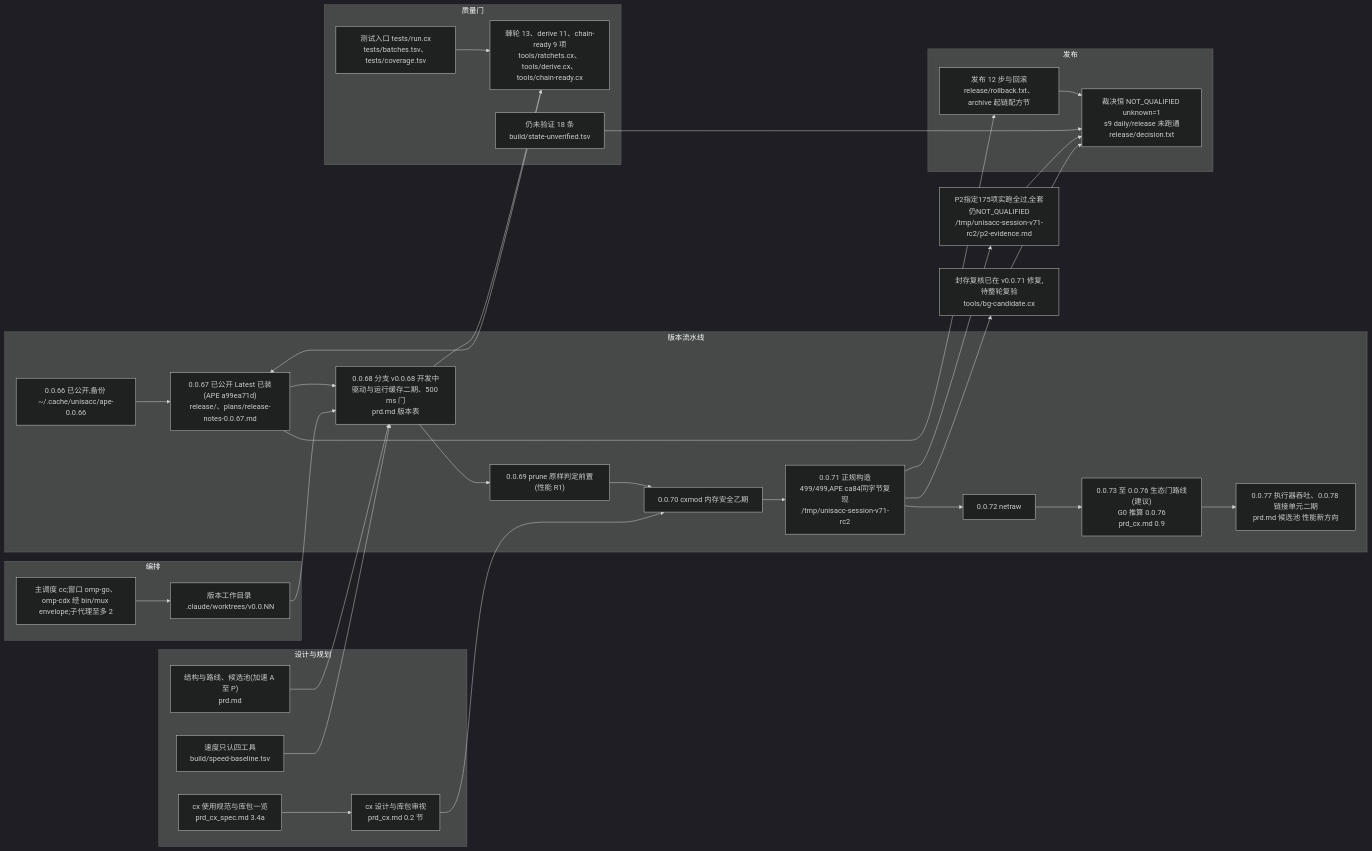
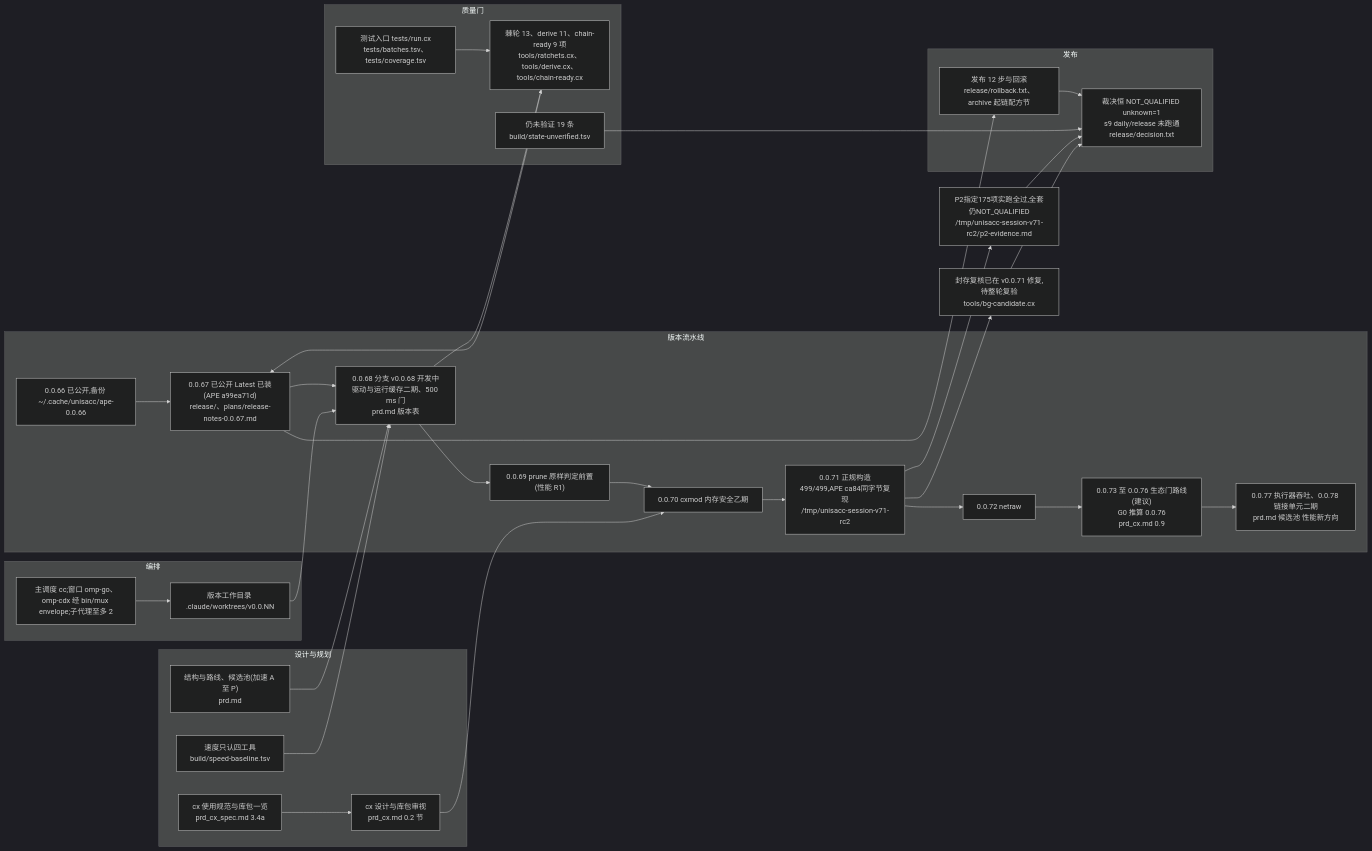
Before and after one commit to partnernetsoftware/unisacc: the diagram in prd_mempalace.md, drawn with Mermaid (dark theme). The commit also changed other lines of this file and 5 other files, not shown here.

````diff
--- a/prd_mempalace.md
+++ b/prd_mempalace.md
@@ -15,48 +15,48 @@
 ```mermaid
 flowchart LR
   subgraph 版本流水线
     V66["0.0.66 已公开,备份 ~/.cache/unisacc/ape-0.0.66"]
     V67["0.0.67 已公开 Latest 已装(APE a99ea71d)<br/>release/、plans/release-notes-0.0.67.md"]
     V68["0.0.68 分支 v0.0.68 开发中<br/>驱动与运行缓存二期、500 ms 门<br/>prd.md 版本表"]
     V69["0.0.69 prune 原样判定前置(性能 R1)"]
     V70["0.0.70 cxmod 内存安全乙期"]
     V71["0.0.71 正规构造499/499,APE ca84同字节复现<br/>/tmp/unisacc-session-v71-rc2"]
     V72["0.0.72 netraw"]
     ECO["0.0.73 至 0.0.76 生态门路线(建议)<br/>G0 推算 0.0.76<br/>prd_cx.md 0.9"]
     PERF["0.0.77 执行器吞吐、0.0.78 链接单元二期<br/>prd.md 候选池 性能新方向"]
     V66 --> V67 --> V68 --> V69 --> V70 --> V71 --> V72 --> ECO --> PERF
   end
   subgraph 发布
     REL["发布 12 步与回滚<br/>release/rollback.txt、archive 起链配方节"]
     Q["裁决恒 NOT_QUALIFIED unknown=1<br/>s9 daily/release 未跑通<br/>release/decision.txt"]
   end
   subgraph 质量门
     GATE["棘轮 13、derive 11、chain-ready 9 项<br/>tools/ratchets.cx、tools/derive.cx、tools/chain-ready.cx"]
     TEST["测试入口 tests/run.cx<br/>tests/batches.tsv、tests/coverage.tsv"]
-    UV["仍未验证 18 条<br/>build/state-unverified.tsv"]
+    UV["仍未验证 19 条<br/>build/state-unverified.tsv"]
   end
   subgraph 设计与规划
     PRD["结构与路线、候选池(加速 A 至 P)<br/>prd.md"]
     CX["cx 设计与库包审视<br/>prd_cx.md 0.2 节"]
     SPEC["cx 使用规范与库包一览<br/>prd_cx_spec.md 3.4a"]
     SPEED["速度只认四工具<br/>build/speed-baseline.tsv"]
   end
   subgraph 编排
     ORCH["主调度 cc;窗口 omp-go、omp-cdx 经 bin/mux envelope;子代理至多 2"]
     WT["版本工作目录 .claude/worktrees/v0.0.NN"]
   end
   V67 --> REL --> Q
   V68 --> GATE
   GATE --> V67
   TEST --> GATE
   UV --> Q
   PRD --> V68
   CX --> V70
   SPEC --> CX
   SPEED --> V68
   ORCH --> WT --> V68
   T71["P2指定175项实跑全过,全套仍NOT_QUALIFIED<br/>/tmp/unisacc-session-v71-rc2/p2-evidence.md"]
   S71["封存复核已在 v0.0.71 修复,待整轮复验<br/>tools/bg-candidate.cx"]
   V71 --> T71 --> Q
   V71 --> S71 --> Q
 ```
````
